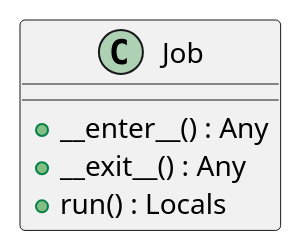
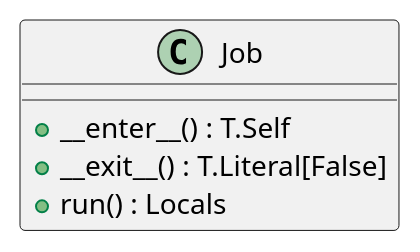
The first of 6 diagrams in openwiki/modules/src/autogen_team/application/jobs/base.md (lgcorzo/llmops-python-package), drawn with PlantUML before and after one commit. The commit also changed other lines of this file and 155 other files, not shown here.

````diff
--- a/openwiki/modules/src/autogen_team/application/jobs/base.md
+++ b/openwiki/modules/src/autogen_team/application/jobs/base.md
@@ -55,9 +64,9 @@
 ```plantuml
 @startuml
     class Job {
-        +__enter__() : Any
-        +__exit__() : Any
+        +__enter__() : T.Self
+        +__exit__() : T.Literal[False]
         +run() : Locals
     }
 @enduml
 ```
````
